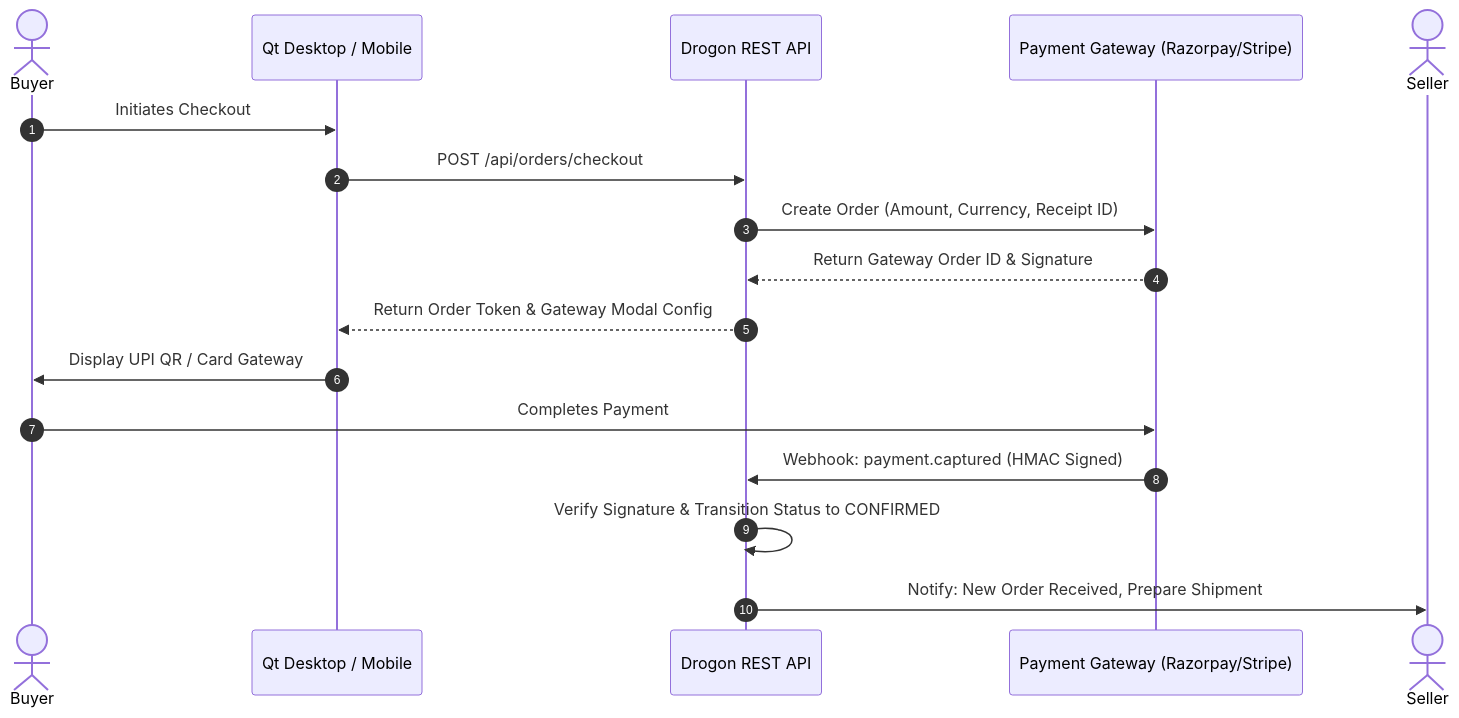
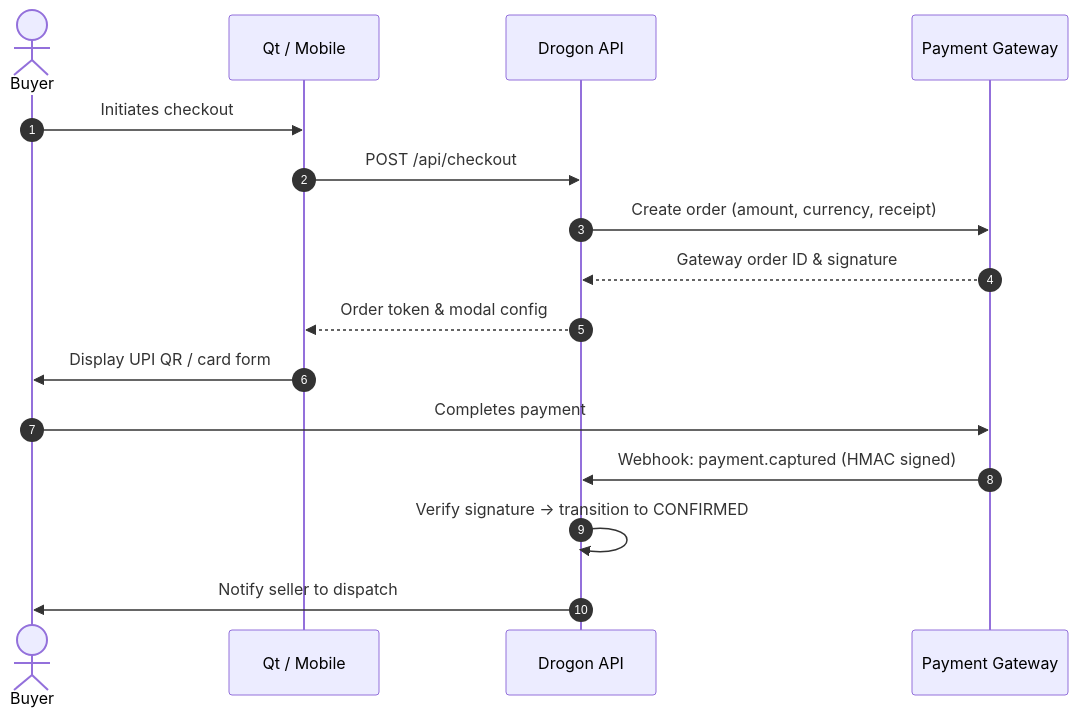
Before and after one commit to nikshitpokhariya/book_store: the first of 2 diagrams in future.md, drawn with Mermaid. The commit also changed other lines of this file and 80 other files, not shown here.

````diff
--- a/future.md
+++ b/future.md
@@ -42,20 +16,19 @@
 ```mermaid
 sequenceDiagram
     autonumber
     actor Buyer
-    participant Frontend as Qt Desktop / Mobile
-    participant Backend as Drogon REST API
-    participant PG as Payment Gateway (Razorpay/Stripe)
-    actor Seller
+    participant Frontend as Qt / Mobile
+    participant Backend as Drogon API
+    participant PG as Payment Gateway
 
-    Buyer->>Frontend: Initiates Checkout
-    Frontend->>Backend: POST /api/orders/checkout
-    Backend->>PG: Create Order (Amount, Currency, Receipt ID)
-    PG-->>Backend: Return Gateway Order ID & Signature
-    Backend-->>Frontend: Return Order Token & Gateway Modal Config
-    Frontend->>Buyer: Display UPI QR / Card Gateway
-    Buyer->>PG: Completes Payment
-    PG->>Backend: Webhook: payment.captured (HMAC Signed)
-    Backend->>Backend: Verify Signature & Transition Status to CONFIRMED
-    Backend->>Seller: Notify: New Order Received, Prepare Shipment
+    Buyer->>Frontend: Initiates checkout
+    Frontend->>Backend: POST /api/checkout
+    Backend->>PG: Create order (amount, currency, receipt)
+    PG-->>Backend: Gateway order ID & signature
+    Backend-->>Frontend: Order token & modal config
+    Frontend->>Buyer: Display UPI QR / card form
+    Buyer->>PG: Completes payment
+    PG->>Backend: Webhook: payment.captured (HMAC signed)
+    Backend->>Backend: Verify signature → transition to CONFIRMED
+    Backend->>Buyer: Notify seller to dispatch
 ```
````
